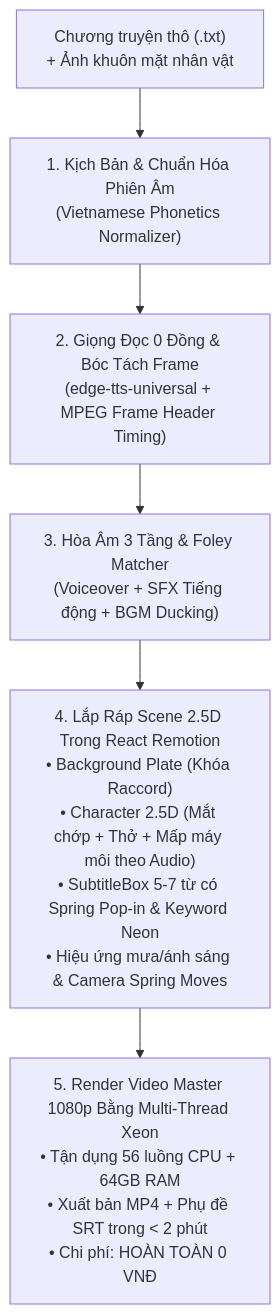
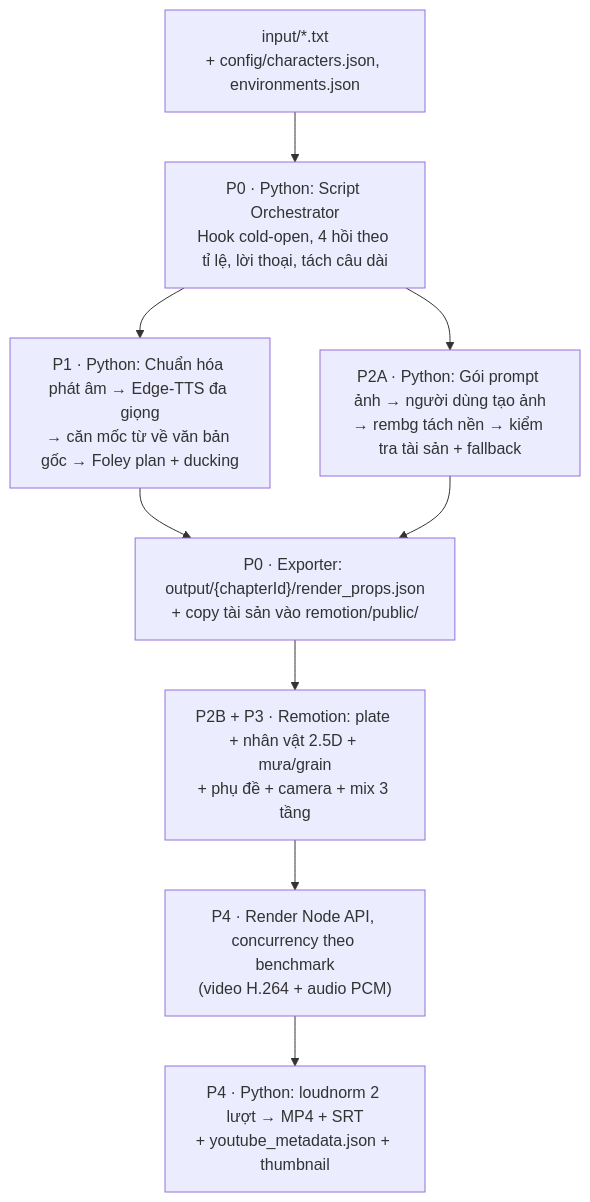
Before and after one commit to hadinhkms/Build_Video: the diagram in _Plan_Implement/README.md, drawn with Mermaid. The commit also changed other lines of this file and 161 other files, not shown here.

First line of the commit message:
Add unit tests for TTS providers, Vietnamese normalizer, visual splitter, and YouTube packaging

````diff
--- a/_Plan_Implement/README.md
+++ b/_Plan_Implement/README.md
@@ -11,8 +76,11 @@
 ```mermaid
 flowchart TD
-    A["Chương truyện thô (.txt)<br/>+ Ảnh khuôn mặt nhân vật"] --> B["1. Kịch Bản & Chuẩn Hóa Phiên Âm<br/>(Vietnamese Phonetics Normalizer)"]
-    B --> C["2. Giọng Đọc 0 Đồng & Bóc Tách Frame<br/>(edge-tts-universal + MPEG Frame Header Timing)"]
-    C --> D["3. Hòa Âm 3 Tầng & Foley Matcher<br/>(Voiceover + SFX Tiếng động + BGM Ducking)"]
-    D --> E["4. Lắp Ráp Scene 2.5D Trong React Remotion<br/>• Background Plate (Khóa Raccord)<br/>• Character 2.5D (Mắt chớp + Thở + Mấp máy môi theo Audio)<br/>• SubtitleBox 5-7 từ có Spring Pop-in & Keyword Neon<br/>• Hiệu ứng mưa/ánh sáng & Camera Spring Moves"]
-    E --> F["5. Render Video Master 1080p Bằng Multi-Thread Xeon<br/>• Tận dụng 56 luồng CPU + 64GB RAM<br/>• Xuất bản MP4 + Phụ đề SRT trong < 2 phút<br/>• Chi phí: HOÀN TOÀN 0 VNĐ"]
+    A["input/*.txt<br/>+ config/characters.json, environments.json"] --> B["P0 · Python: Script Orchestrator<br/>Hook cold-open, 4 hồi theo tỉ lệ, lời thoại, tách câu dài"]
+    B --> C["P1 · Python: Chuẩn hóa phát âm → Edge-TTS đa giọng<br/>→ căn mốc từ về văn bản gốc → Foley plan + ducking"]
+    B --> D["P2A · Python: Gói prompt ảnh → người dùng tạo ảnh<br/>→ rembg tách nền → kiểm tra tài sản + fallback"]
+    C --> E["P0 · Exporter: output/{chapterId}/render_props.json<br/>+ copy tài sản vào remotion/public/"]
+    D --> E
+    E --> F["P2B + P3 · Remotion: plate + nhân vật 2.5D + mưa/grain<br/>+ phụ đề + camera + mix 3 tầng"]
+    F --> G["P4 · Render Node API, concurrency theo benchmark<br/>(video H.264 + audio PCM)"]
+    G --> H["P4 · Python: loudnorm 2 lượt → MP4 + SRT<br/>+ youtube_metadata.json + thumbnail"]
 ```
````
